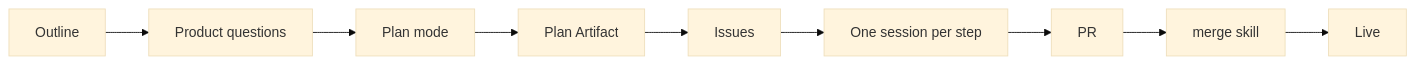
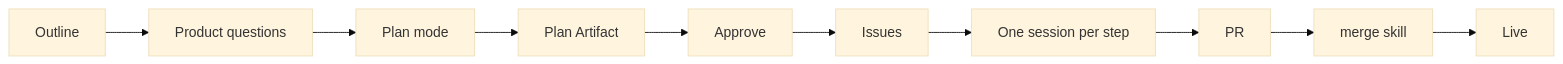
The diagram in plugin/skills/plan/SKILL.md (Colorado-Startups/claudius), drawn with Mermaid (base theme) before and after one commit.

Commit message:
plan flowchart: Approve before Issues

````diff
--- a/plugin/skills/plan/SKILL.md
+++ b/plugin/skills/plan/SKILL.md
@@ -15,5 +15,5 @@
 ```mermaid
 flowchart LR
-  O[Outline] --> Q[Product questions] --> P[Plan mode] --> A[Plan Artifact] --> I[Issues]
+  O[Outline] --> Q[Product questions] --> P[Plan mode] --> A[Plan Artifact] --> Y[Approve] --> I[Issues]
   I --> S[One session per step] --> R[PR] --> M[merge skill] --> L[Live]
 ```
````
